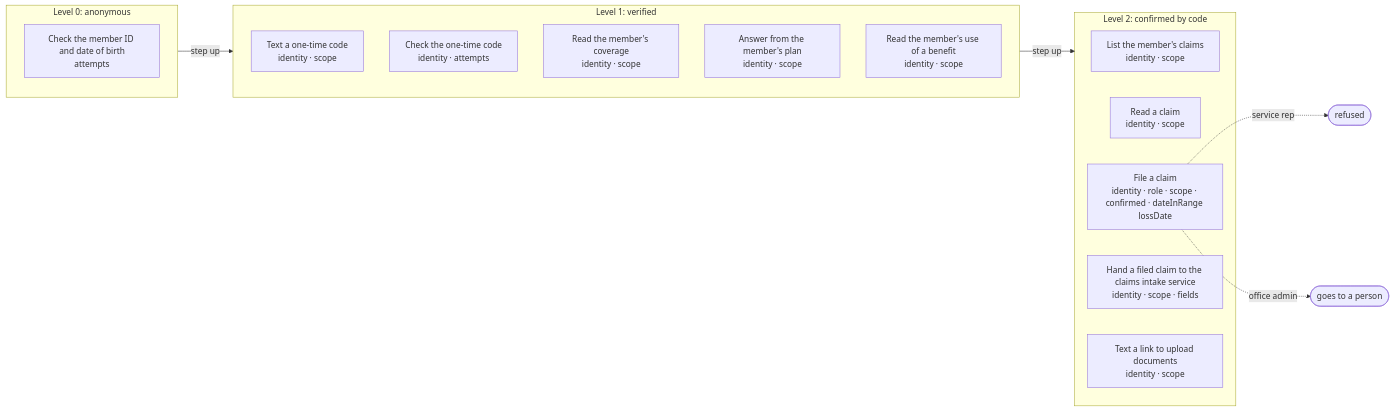
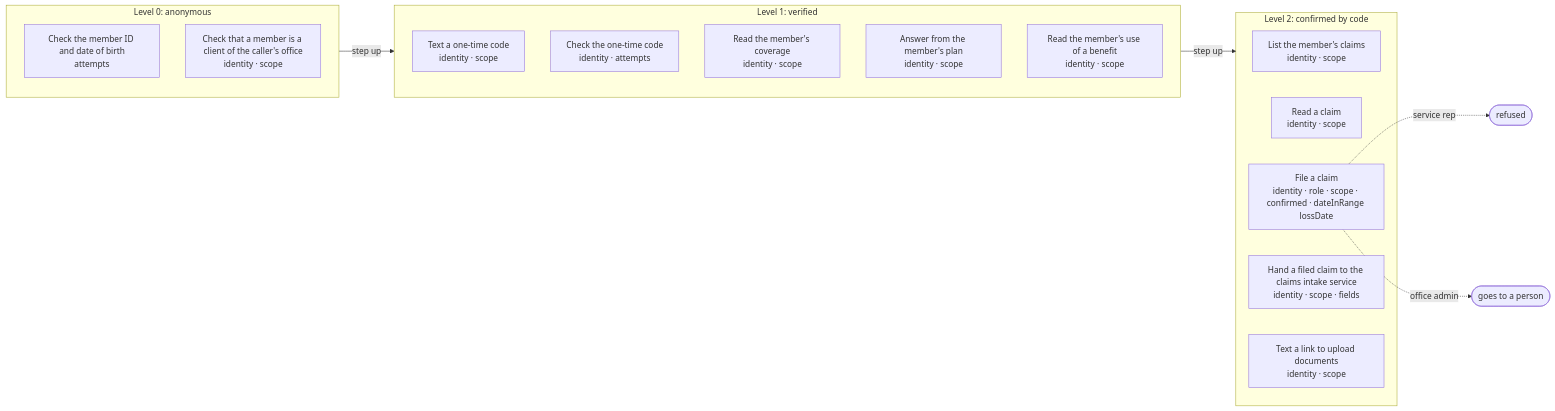
Before and after one commit to DialogWright/dialogwright: the second of 2 diagrams in apps/harbor/POLICY.md, drawn with Mermaid. The commit also changed other lines of this file and 55 other files, not shown here.

````diff
--- a/apps/harbor/POLICY.md
+++ b/apps/harbor/POLICY.md
@@ -122,26 +125,27 @@
 ```mermaid
 flowchart LR
   subgraph lv0["Level 0: anonymous"]
     a_verifyMember["Check the member ID and date of birth<br/>attempts"]
+    a_isClient["Check that a member is a client of the caller's office<br/>identity · scope"]
   end
   subgraph lv1["Level 1: verified"]
     a_sendCode["Text a one-time code<br/>identity · scope"]
     a_verifyCode["Check the one-time code<br/>identity · attempts"]
     a_getCoverage["Read the member's coverage<br/>identity · scope"]
     a_searchPolicy["Answer from the member's plan<br/>identity · scope"]
     a_getUsage["Read the member's use of a benefit<br/>identity · scope"]
   end
   subgraph lv2["Level 2: confirmed by code"]
     a_listClaims["List the member's claims<br/>identity · scope"]
     a_getClaim["Read a claim<br/>identity · scope"]
     a_createClaim["File a claim<br/>identity · role · scope · confirmed · dateInRange lossDate"]
     a_triageClaim["Hand a filed claim to the claims intake service<br/>identity · scope · fields"]
     a_sendUploadLink["Text a link to upload documents<br/>identity · scope"]
   end
   lv0 -->|"step up"| lv1
   lv1 -->|"step up"| lv2
   person(["goes to a person"])
   refused(["refused"])
   a_createClaim -.->|"service rep"| refused
   a_createClaim -.->|"office admin"| person
 ```
````
